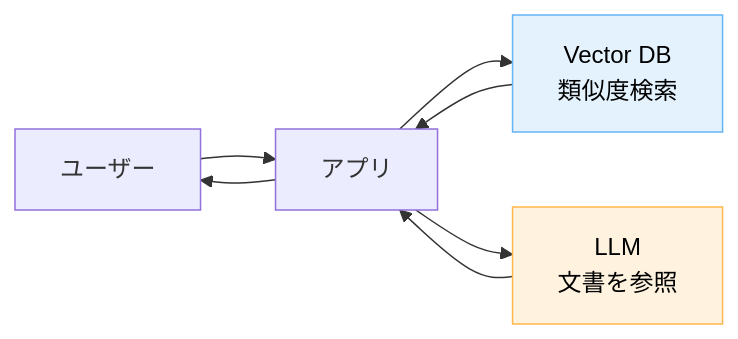
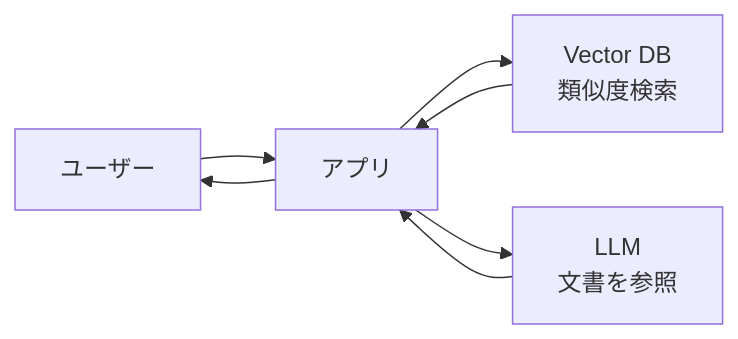
The third of 7 diagrams in docs/concepts/llm-アプリの-5-つの典型アーキテクチャパターン.md (dinekt/dinekt-wiki), drawn with Mermaid before and after one commit. The commit also changed other lines of this file and 70 other files, not shown here.

First line of the commit message:
fix(mermaid): strip all inline styling, rely on theme

````diff
--- a/docs/concepts/llm-アプリの-5-つの典型アーキテクチャパターン.md
+++ b/docs/concepts/llm-アプリの-5-つの典型アーキテクチャパターン.md
@@ -60,12 +58,10 @@
 ```mermaid
 flowchart LR
     U[ユーザー] --> A[アプリ]
     A --> V[Vector DB<br/>類似度検索]
     V --> A
     A --> L[LLM<br/>文書を参照]
     L --> A
     A --> U
 
-    style V fill:#e3f2fd,stroke:#64b5f6,color:#000
-    style L fill:#fff3e0,stroke:#ffb74d,color:#000
 ```
````
